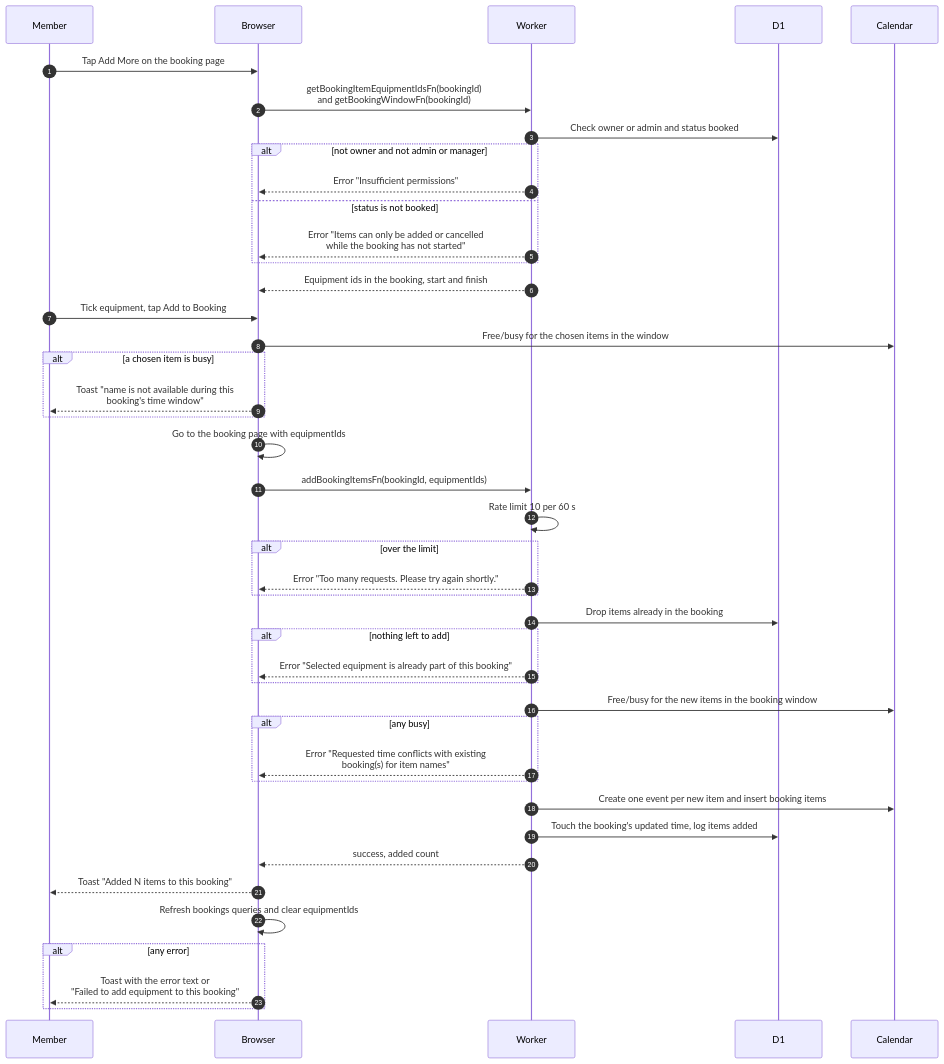
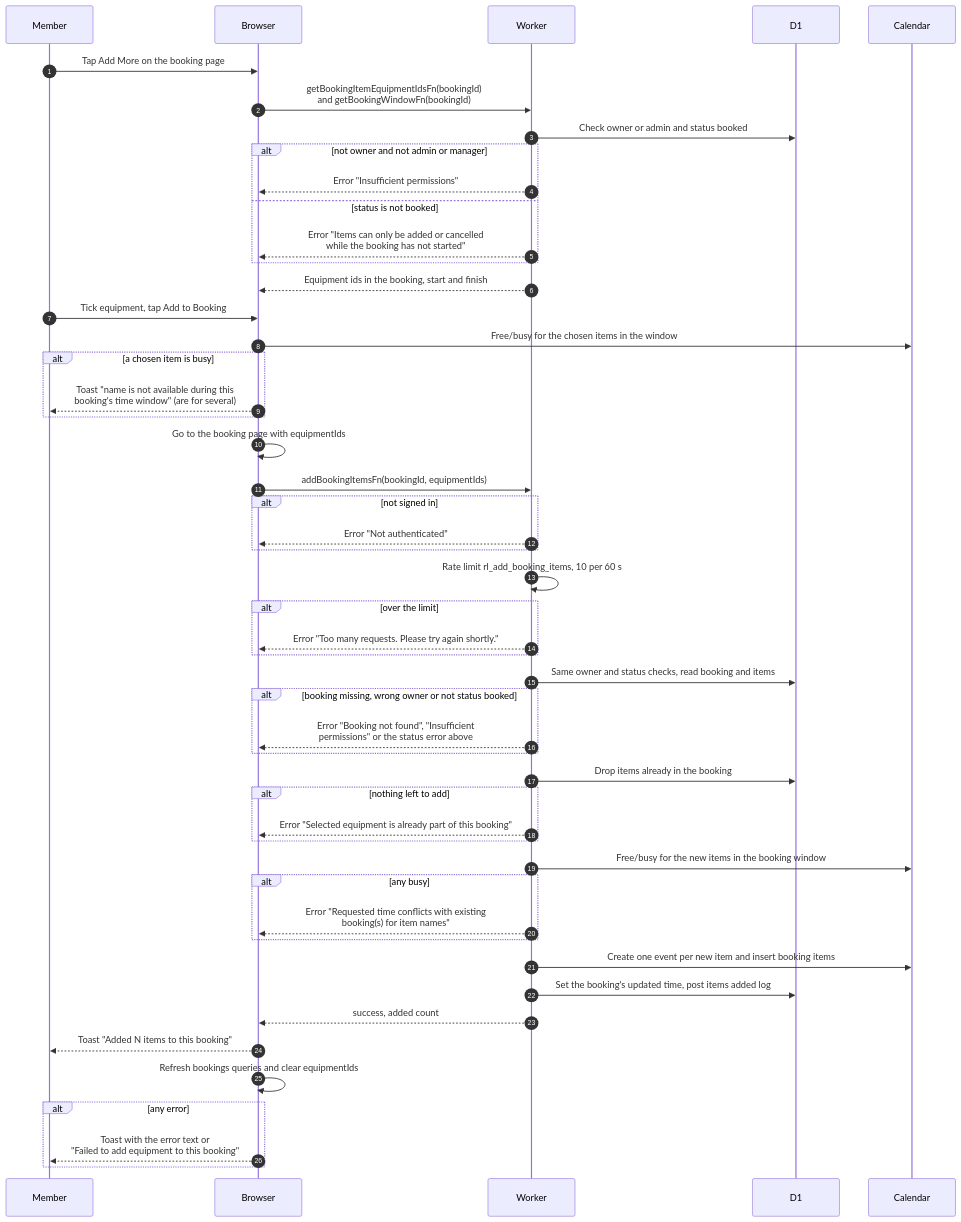
One commit to sagyzdop/meriksirat changed the diagram in docs/scenarios/bookings/add-items.md. Above: the diagram before and after it, drawn with Mermaid. The commit also changed other lines of this file and 17 other files, not shown here.

Commit message:
docs(scenarios): verify bookings diagrams against the code

````diff
--- a/docs/scenarios/bookings/add-items.md
+++ b/docs/scenarios/bookings/add-items.md
@@ -34,45 +40,52 @@
 ```mermaid
 sequenceDiagram
     autonumber
     participant M as Member
     participant B as Browser
     participant W as Worker
     participant D as D1
     participant C as Calendar
     M->>B: Tap Add More on the booking page
     B->>W: getBookingItemEquipmentIdsFn(bookingId)<br/>and getBookingWindowFn(bookingId)
     W->>D: Check owner or admin and status booked
     alt not owner and not admin or manager
         W-->>B: Error "Insufficient permissions"
     else status is not booked
         W-->>B: Error "Items can only be added or cancelled<br/>while the booking has not started"
     end
     W-->>B: Equipment ids in the booking, start and finish
     M->>B: Tick equipment, tap Add to Booking
     B->>C: Free/busy for the chosen items in the window
     alt a chosen item is busy
-        B-->>M: Toast "name is not available during this<br/>booking's time window"
+        B-->>M: Toast "name is not available during this<br/>booking's time window" (are for several)
     end
     B->>B: Go to the booking page with equipmentIds
     B->>W: addBookingItemsFn(bookingId, equipmentIds)
-    W->>W: Rate limit 10 per 60 s
+    alt not signed in
+        W-->>B: Error "Not authenticated"
+    end
+    W->>W: Rate limit rl_add_booking_items, 10 per 60 s
     alt over the limit
         W-->>B: Error "Too many requests. Please try again shortly."
+    end
+    W->>D: Same owner and status checks, read booking and items
+    alt booking missing, wrong owner or not status booked
+        W-->>B: Error "Booking not found", "Insufficient<br/>permissions" or the status error above
     end
     W->>D: Drop items already in the booking
     alt nothing left to add
         W-->>B: Error "Selected equipment is already part of this booking"
     end
     W->>C: Free/busy for the new items in the booking window
     alt any busy
         W-->>B: Error "Requested time conflicts with existing<br/>booking(s) for item names"
     end
     W->>C: Create one event per new item and insert booking items
-    W->>D: Touch the booking's updated time, log items added
+    W->>D: Set the booking's updated time, post items added log
     W-->>B: success, added count
     B-->>M: Toast "Added N items to this booking"
     B->>B: Refresh bookings queries and clear equipmentIds
     alt any error
         B-->>M: Toast with the error text or<br/>"Failed to add equipment to this booking"
     end
 ```
````
